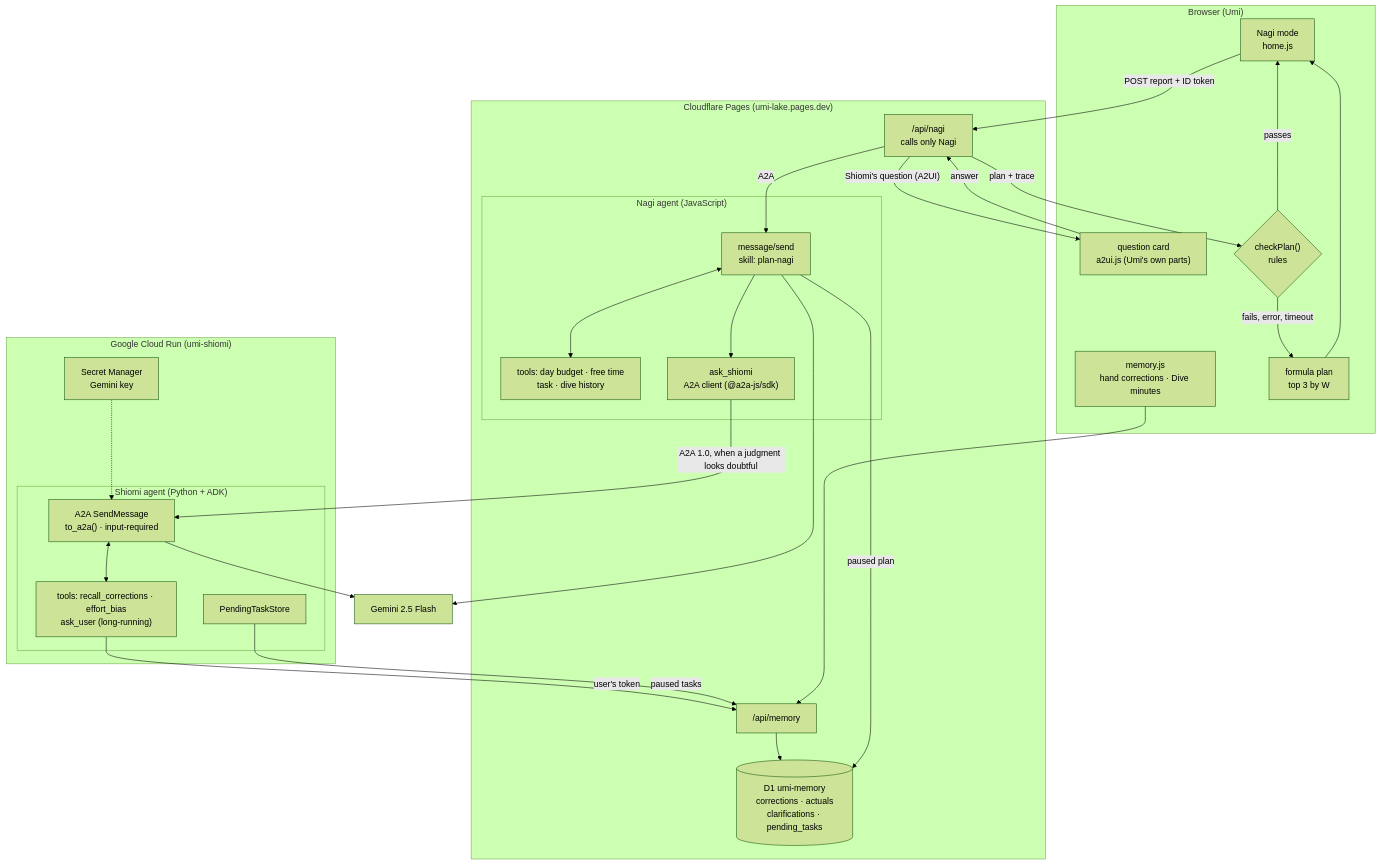
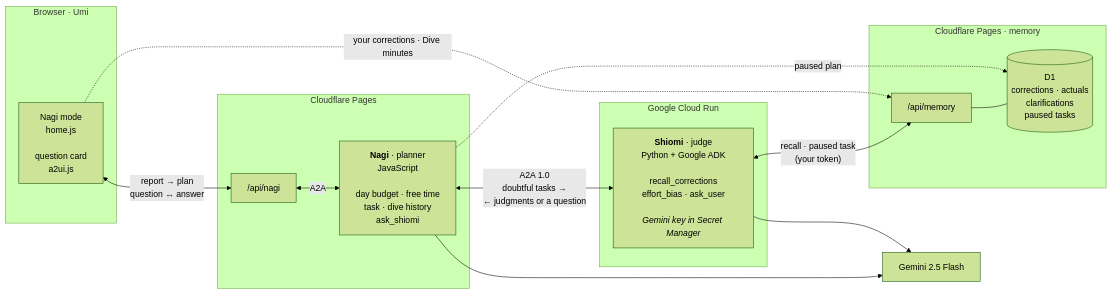
Before and after one commit to Rinkufujiwara/umi: the first of 2 diagrams in README.md, drawn with Mermaid (forest theme). The commit also changed other lines of this file and 1 other file, not shown here.

Commit message:
README: structure diagram in one left-to-right row, and a home screen image
The structure diagram now shows only who talks to whom, in one row
(browser, Cloudflare Nagi, Cloud Run Shiomi, Cloudflare memory), with a table
of what travels on each arrow. The step order stays in the sequence diagram.
The home image uses the built-in sample tasks.

````diff
--- a/README.md
+++ b/README.md
@@ -63,48 +68,32 @@
 ```mermaid
-flowchart TB
-  subgraph Browser["Browser (Umi)"]
-    UI["Nagi mode<br/>home.js"]
-    CARD["question card<br/>a2ui.js (Umi's own parts)"]
-    REC["memory.js<br/>hand corrections · Dive minutes"]
-    CHK{"checkPlan()<br/>rules"}
-    F["formula plan<br/>top 3 by W"]
+flowchart LR
+  subgraph B["Browser · Umi"]
+    UI["Nagi mode<br/>home.js<br/><br/>question card<br/>a2ui.js"]
   end
 
-  subgraph CF["Cloudflare Pages (umi-lake.pages.dev)"]
-    ORCH["/api/nagi<br/>calls only Nagi"]
-    subgraph NA["Nagi agent (JavaScript)"]
-      NP["message/send<br/>skill: plan-nagi"]
-      NT["tools: day budget · free time<br/>task · dive history"]
-      ASK["ask_shiomi<br/>A2A client (@a2a-js/sdk)"]
-    end
-    MEM["/api/memory"]
-    D1[("D1 umi-memory<br/>corrections · actuals<br/>clarifications · pending_tasks")]
+  subgraph CF["Cloudflare Pages"]
+    API["/api/nagi"]
+    N["<b>Nagi</b> · planner<br/>JavaScript<br/><br/>day budget · free time<br/>task · dive history<br/>ask_shiomi"]
   end
 
-  subgraph GCP["Google Cloud Run (umi-shiomi)"]
-    subgraph SA["Shiomi agent (Python + ADK)"]
-      SJ["A2A SendMessage<br/>to_a2a() · input-required"]
-      ST["tools: recall_corrections · effort_bias<br/>ask_user (long-running)"]
-      PS["PendingTaskStore"]
-    end
-    SM["Secret Manager<br/>Gemini key"]
+  subgraph GC["Google Cloud Run"]
+    S["<b>Shiomi</b> · judge<br/>Python + Google ADK<br/><br/>recall_corrections<br/>effort_bias · ask_user<br/><br/><i>Gemini key in Secret Manager</i>"]
+  end
+
+  subgraph CFM["Cloudflare Pages · memory"]
+    MEM["/api/memory"]
+    D1[("D1<br/>corrections · actuals<br/>clarifications<br/>paused tasks")]
   end
 
   G["Gemini 2.5 Flash"]
 
-  UI -->|"POST report + ID token"| ORCH -->|"A2A"| NP
-  NP <--> NT
-  NP --> ASK -->|"A2A 1.0, when a judgment looks doubtful"| SJ
-  SJ <--> ST
-  ST -->|"user's token"| MEM --> D1
-  PS -->|"paused tasks"| MEM
-  NP -->|"paused plan"| D1
-  REC --> MEM
-  SJ --> G
-  NP --> G
-  SM -.-> SJ
-  ORCH -->|"plan + trace"| CHK
-  ORCH -->|"Shiomi's question (A2UI)"| CARD -->|"answer"| ORCH
-  CHK -->|passes| UI
-  CHK -->|"fails, error, timeout"| F --> UI
+  UI <-- "report → plan<br/>question ↔ answer" --> API
+  API <-- "A2A" --> N
+  N <-- "A2A 1.0<br/>doubtful tasks →<br/>← judgments or a question" --> S
+  S <-- "recall · paused task<br/>(your token)" --> MEM
+  MEM --- D1
+  N -. "paused plan" .-> D1
+  UI -. "your corrections · Dive minutes" .-> MEM
+  N --> G
+  S --> G
 ```
````
